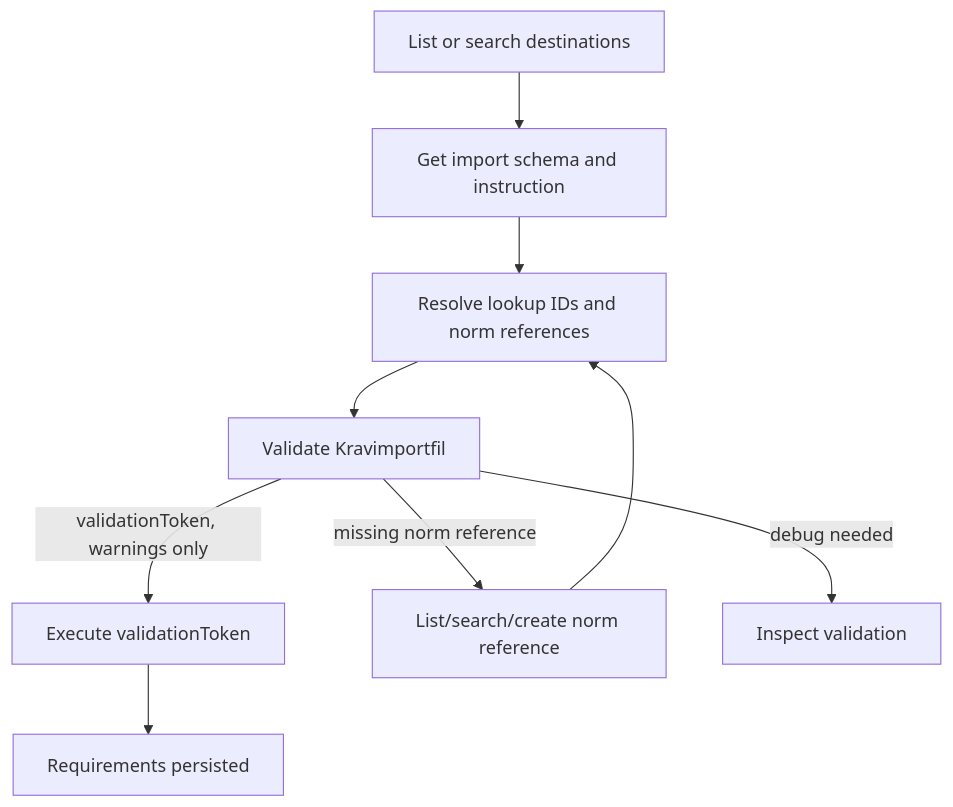
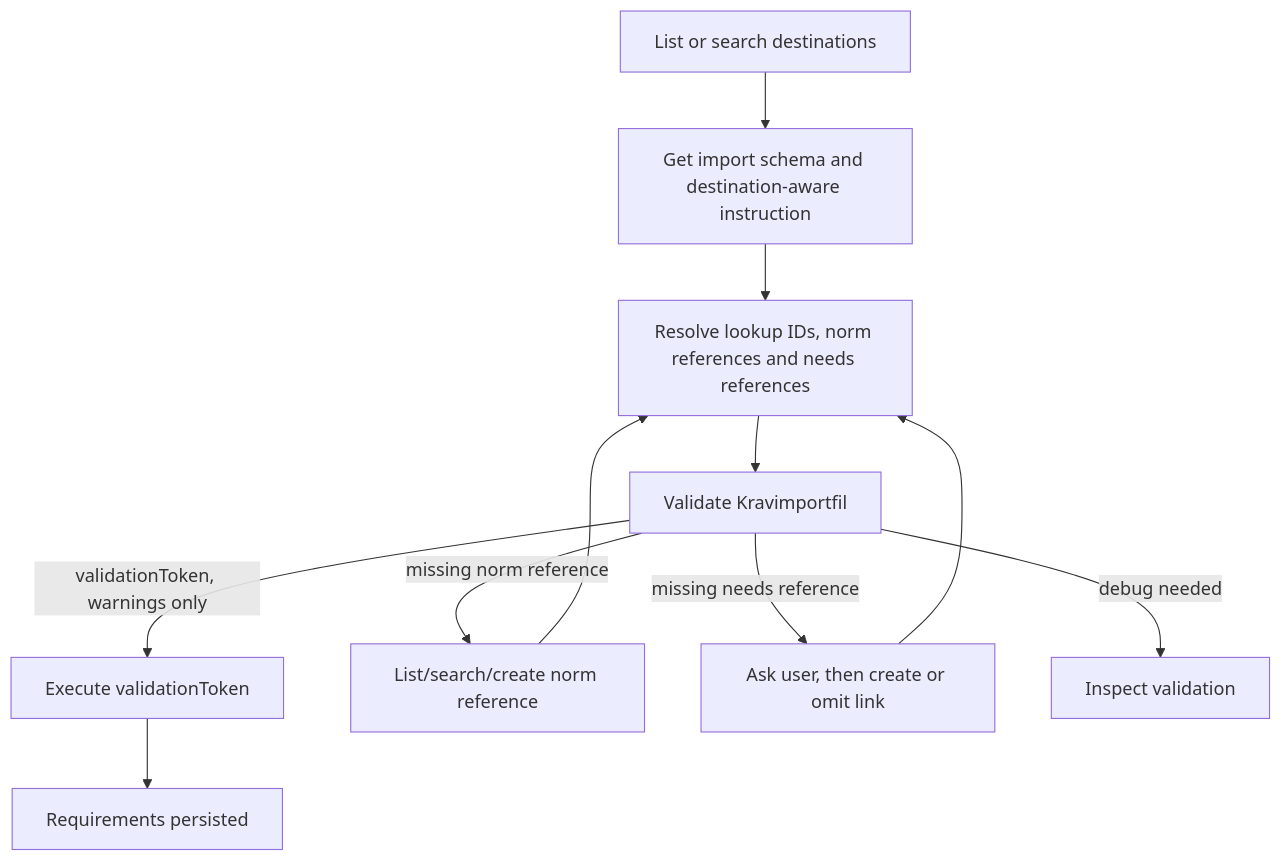
Before and after one commit to viscalyx/Kravhantering: the first of 2 diagrams in docs/integrations/mcp-server-user-guide.md, drawn with Mermaid. The commit also changed other lines of this file and 52 other files, not shown here.

````diff
--- a/docs/integrations/mcp-server-user-guide.md
+++ b/docs/integrations/mcp-server-user-guide.md
@@ -171,11 +230,13 @@
 ```mermaid
 flowchart TD
-  A[List or search destinations] --> B[Get import schema and instruction]
-  B --> C[Resolve lookup IDs and norm references]
+  A[List or search destinations] --> B[Get import schema and destination-aware instruction]
+  B --> C[Resolve lookup IDs, norm references and needs references]
   C --> D[Validate Kravimportfil]
   D -->|validationToken, warnings only| E[Execute validationToken]
   D -->|missing norm reference| F[List/search/create norm reference]
+  D -->|missing needs reference| I[Ask user, then create or omit link]
   F --> C
+  I --> C
   D -->|debug needed| G[Inspect validation]
   E --> H[Requirements persisted]
 ```
````
